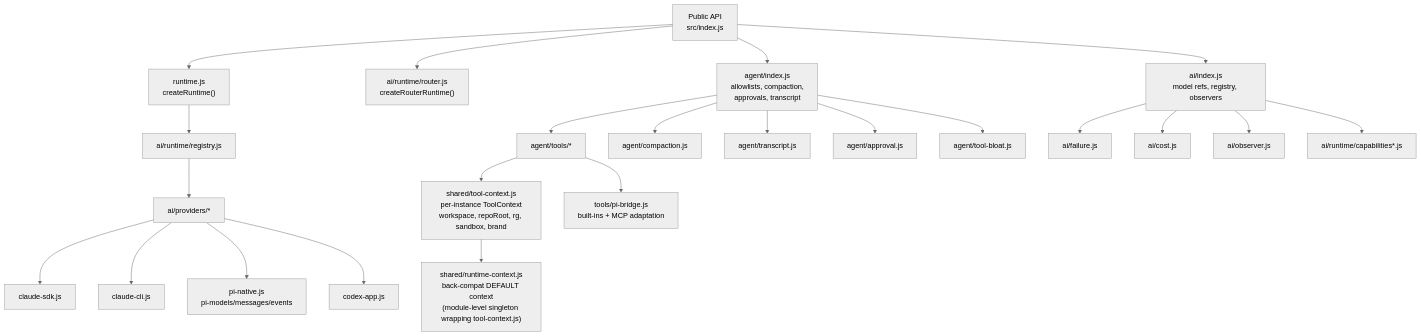
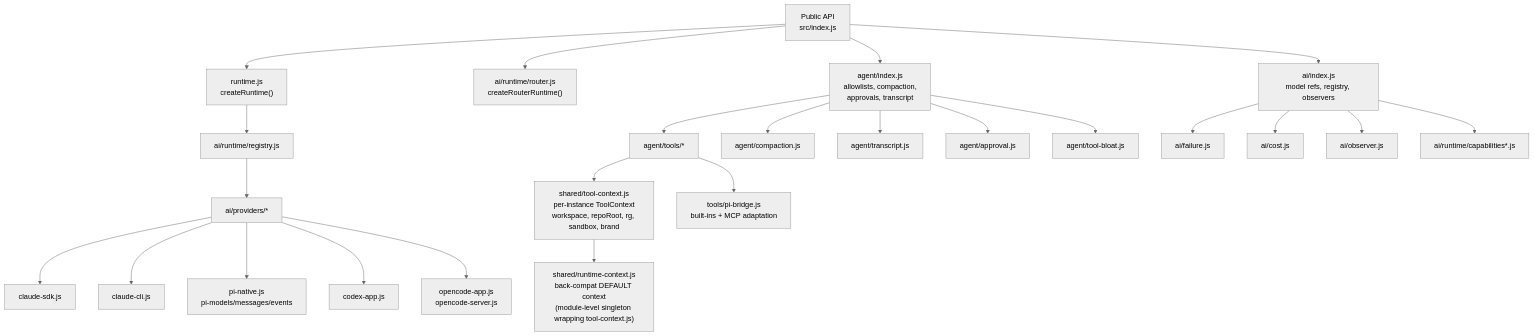
The fourth of 5 diagrams in packages/agent-runtime/ARCHITECTURE.md (robertsreberski/mono-agent), drawn with Mermaid (neutral theme) before and after one commit. The commit also changed other lines of this file and 156 other files, not shown here.

````diff
--- a/packages/agent-runtime/ARCHITECTURE.md
+++ b/packages/agent-runtime/ARCHITECTURE.md
@@ -131,30 +167,31 @@
 ```mermaid
 flowchart TB
   Public["Public API<br/>src/index.js"] --> RuntimeFactory["runtime.js<br/>createRuntime()"]
   Public --> Router["ai/runtime/router.js<br/>createRouterRuntime()"]
   Public --> AIExports["ai/index.js<br/>model refs, registry, observers"]
   Public --> AgentExports["agent/index.js<br/>allowlists, compaction,<br/>approvals, transcript"]
 
   RuntimeFactory --> Registry["ai/runtime/registry.js"]
   Registry --> Providers["ai/providers/*"]
 
   Providers --> Claude["claude-sdk.js"]
   Providers --> ClaudeCode["claude-cli.js"]
   Providers --> Pi["pi-native.js<br/>pi-models/messages/events"]
   Providers --> Codex["codex-app.js"]
+  Providers --> OpenCode["opencode-app.js<br/>opencode-server.js"]
 
   AgentExports --> Tools["agent/tools/*"]
   Tools --> ToolContext["shared/tool-context.js<br/>per-instance ToolContext<br/>workspace, repoRoot, rg, sandbox, brand"]
   ToolContext --> ToolRuntime["shared/runtime-context.js<br/>back-compat DEFAULT context<br/>(module-level singleton wrapping tool-context.js)"]
   Tools --> PiBridge["tools/pi-bridge.js<br/>built-ins + MCP adaptation"]
 
   AgentExports --> Compaction["agent/compaction.js"]
   AgentExports --> Transcript["agent/transcript.js"]
   AgentExports --> Approval["agent/approval.js"]
   AgentExports --> Bloat["agent/tool-bloat.js"]
 
   AIExports --> Failure["ai/failure.js"]
   AIExports --> Cost["ai/cost.js"]
   AIExports --> Observer["ai/observer.js"]
   AIExports --> Capabilities["ai/runtime/capabilities*.js"]
 ```
````
